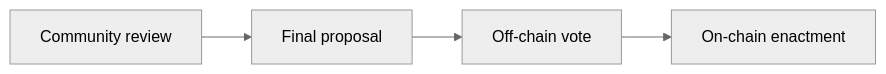
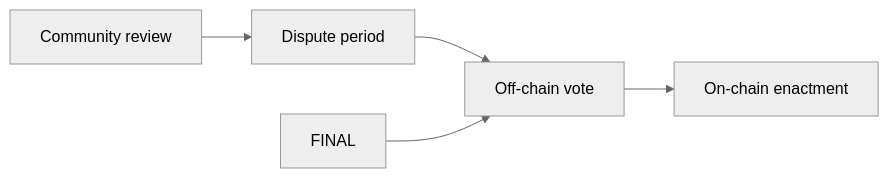
The first of 2 diagrams in GOVERNANCE.md (nation3/gov), drawn with Mermaid (neutral theme) before and after one commit. The commit also changed other lines of this file, not shown here.

Commit message:
Added back dispute period

````diff
--- a/GOVERNANCE.md
+++ b/GOVERNANCE.md
@@ -17,6 +17,7 @@
 ```mermaid
 flowchart LR
-  REVIEW[Community review] --> FINAL[Final proposal]
+  REVIEW[Community review] --> DISPUTE[Dispute period]
+  DISPUTE --> OFFVOTE[Off-chain vote]
   FINAL --> OFFVOTE[Off-chain vote]
   OFFVOTE --> ONVOTE[On-chain enactment]
 ```
````
